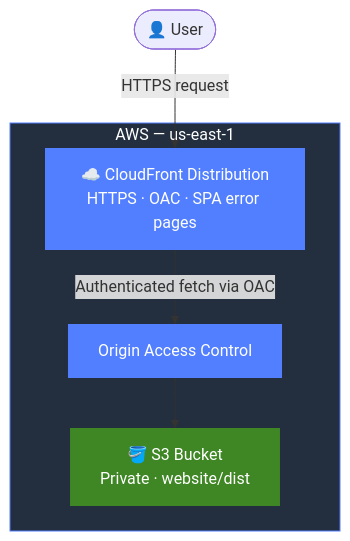
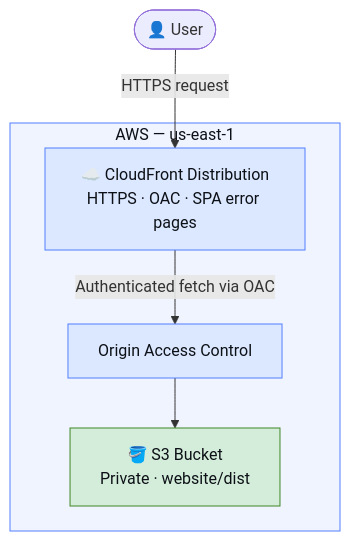
Before and after one commit to diego-ruiz/portfolio-site: the diagram in README.md, drawn with Mermaid.

Commit message:
diagram color tweak

````diff
--- a/README.md
+++ b/README.md
@@ -7,19 +7,19 @@
 ```mermaid
 flowchart TD
     User(["👤 User"])
 
     subgraph AWS ["AWS — us-east-1"]
         CF["☁️ CloudFront Distribution\nHTTPS · OAC · SPA error pages"]
         OAC["Origin Access Control"]
         S3["🪣 S3 Bucket\nPrivate · website/dist"]
     end
 
     User -->|"HTTPS request"| CF
     CF -->|"Authenticated fetch via OAC"| OAC
     OAC --> S3
 
-    style AWS fill:#232f3e,color:#fff,stroke:#527FFF
-    style CF fill:#527FFF,color:#fff,stroke:none
-    style OAC fill:#527FFF,color:#fff,stroke:none
-    style S3 fill:#3F8624,color:#fff,stroke:none
+    style AWS fill:#f0f4ff,color:#0d1117,stroke:#527FFF
+    style CF fill:#dce8ff,color:#0d1117,stroke:#527FFF
+    style OAC fill:#dce8ff,color:#0d1117,stroke:#527FFF
+    style S3 fill:#d4edda,color:#0d1117,stroke:#3F8624
 ```
````
